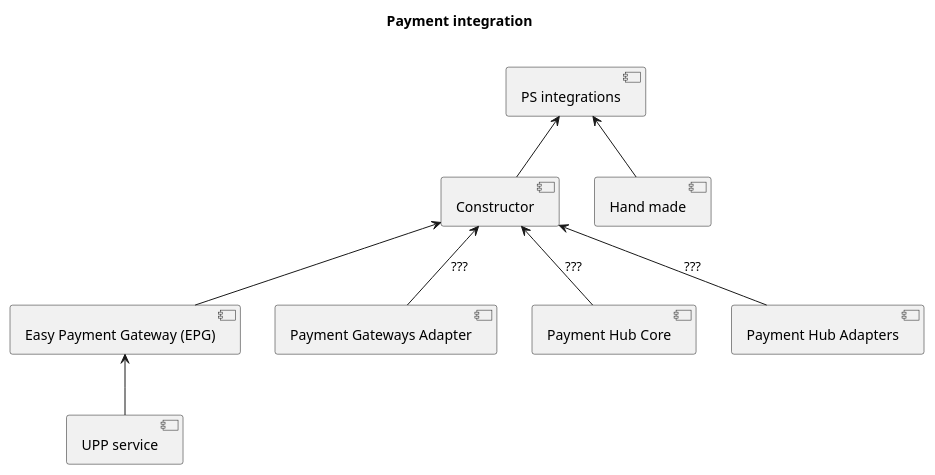
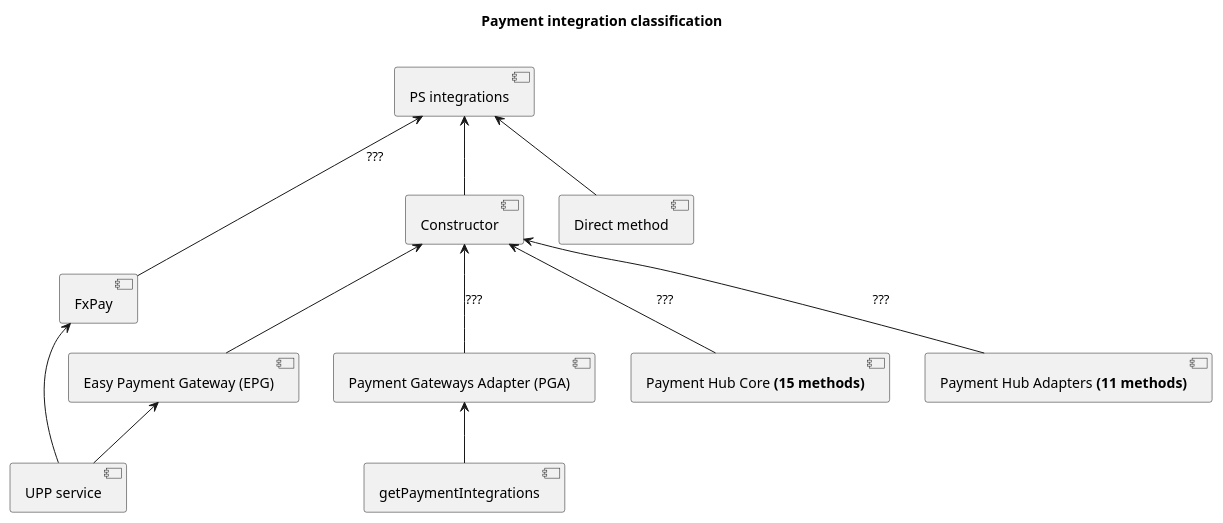
The diagram in UML practice/docs/diagrams/src/ps-integration.wsd (milovdg/UMLPractice), drawn with PlantUML before and after one commit. The commit also changed 3 other files, not shown here.

Commit message:
integration classification

```diff
--- a/UML practice/docs/diagrams/src/ps-integration.wsd
+++ b/UML practice/docs/diagrams/src/ps-integration.wsd
@@ -1,12 +1,18 @@
 @startuml
-title <b>Payment integration</b>\n 
+title <b>Payment integration classification </b>\n 
 
+[FxPay] -up-> [PS integrations] : ???
+[Direct method] -up-> [PS integrations]
 [Constructor] -up-> [PS integrations]
-[Hand made] -up-> [PS integrations]
+
 [Easy Payment Gateway (EPG)] -up-> [Constructor]
+[Payment Gateways Adapter (PGA)] -up-> [Constructor] : ???
+
+[getPaymentIntegrations] -up-> [Payment Gateways Adapter (PGA)]
+
+[Payment Hub Core <b>(15 methods)</b>] -up-> [Constructor] : ???
+[Payment Hub Adapters <b>(11 methods)</b>] -up-> [Constructor] : ???
 [UPP service] -up-> [Easy Payment Gateway (EPG)]
-[Payment Gateways Adapter] -up-> [Constructor] : ???
-[Payment Hub Core] -up-> [Constructor] : ???
-[Payment Hub Adapters] -up-> [Constructor] : ???
+[UPP service] -up-> [FxPay]
 
 @enduml
```
